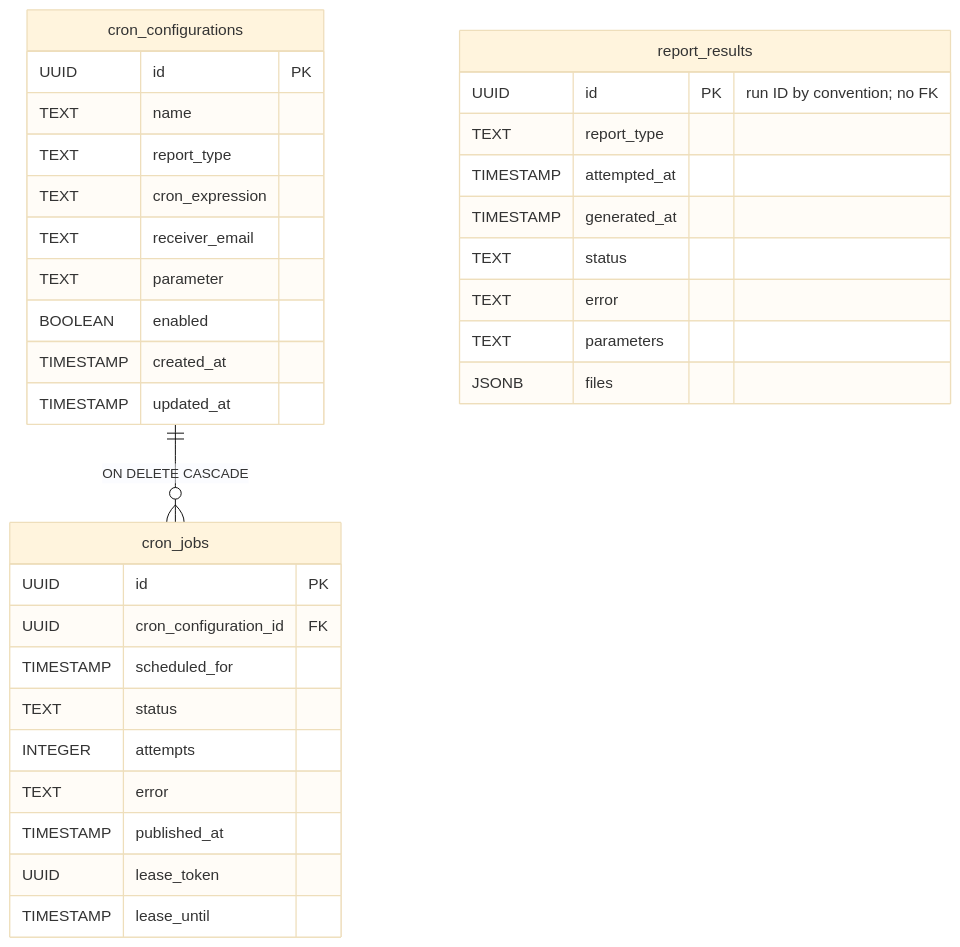
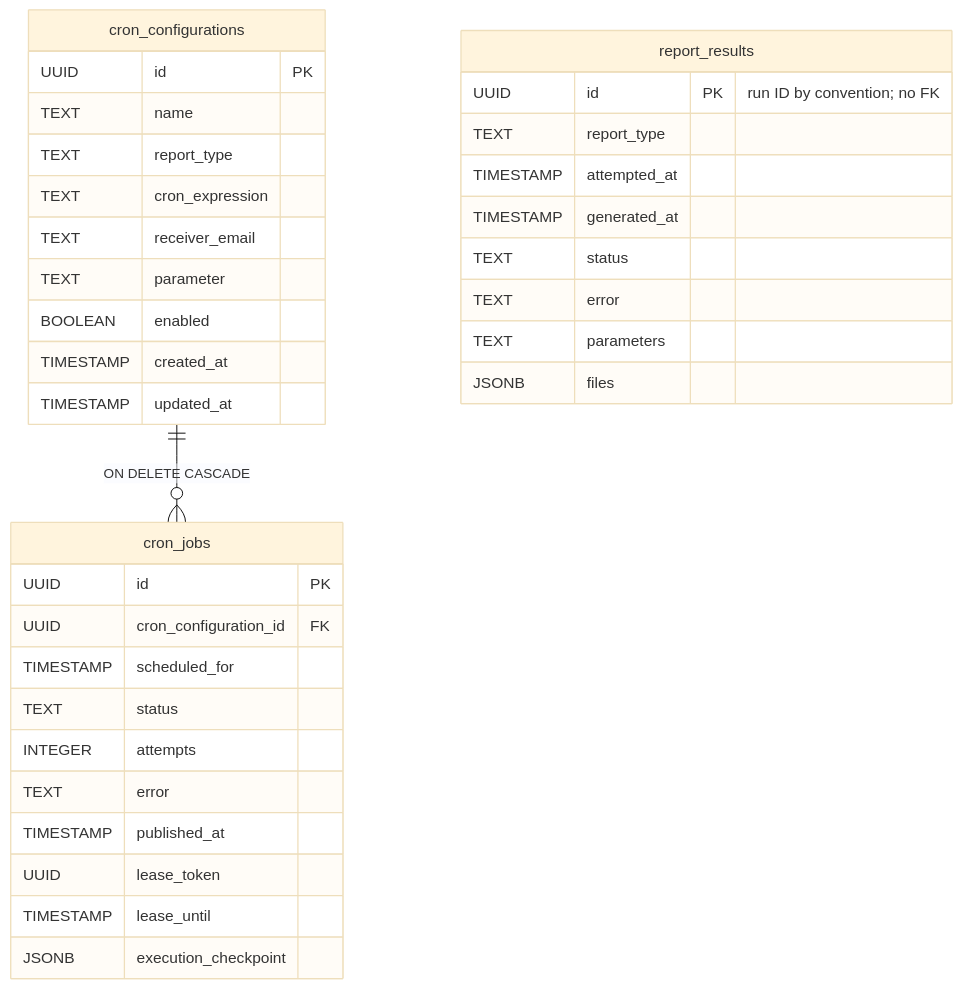
Before and after one commit to enzumeii/monolith: the second of 3 diagrams in docs/cron.md, drawn with Mermaid (base theme). The commit also changed other lines of this file and 87 other files, not shown here.

````diff
--- a/docs/cron.md
+++ b/docs/cron.md
@@ -40,36 +43,37 @@
 ```mermaid
 erDiagram
   cron_configurations ||--o{ cron_jobs : "ON DELETE CASCADE"
   cron_configurations {
     UUID id PK
     TEXT name
     TEXT report_type
     TEXT cron_expression
     TEXT receiver_email
     TEXT parameter
     BOOLEAN enabled
     TIMESTAMP created_at
     TIMESTAMP updated_at
   }
   cron_jobs {
     UUID id PK
     UUID cron_configuration_id FK
     TIMESTAMP scheduled_for
     TEXT status
     INTEGER attempts
     TEXT error
     TIMESTAMP published_at
     UUID lease_token
     TIMESTAMP lease_until
+    JSONB execution_checkpoint
   }
   report_results {
     UUID id PK "run ID by convention; no FK"
     TEXT report_type
     TIMESTAMP attempted_at
     TIMESTAMP generated_at
     TEXT status
     TEXT error
     TEXT parameters
     JSONB files
   }
 ```
````
